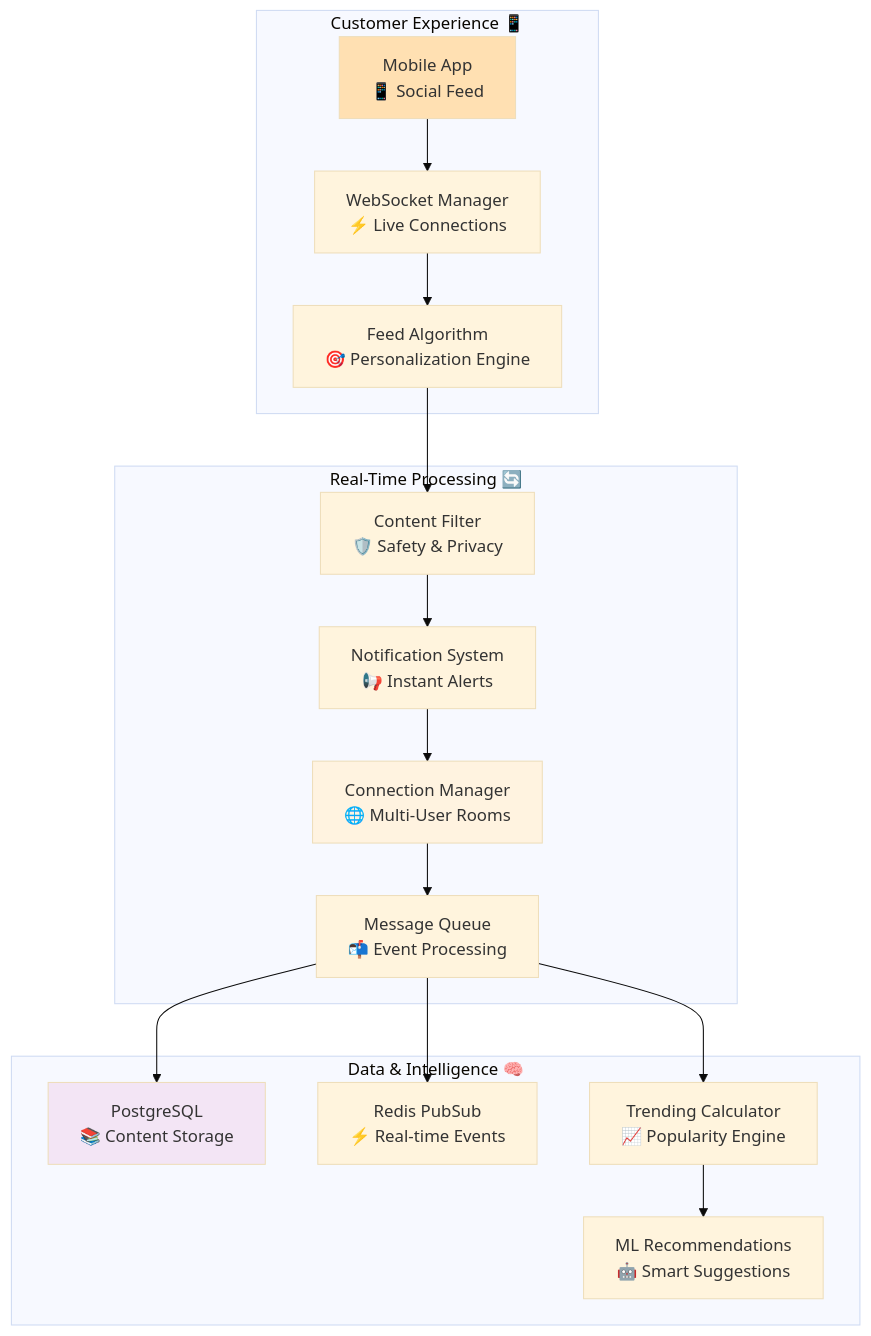
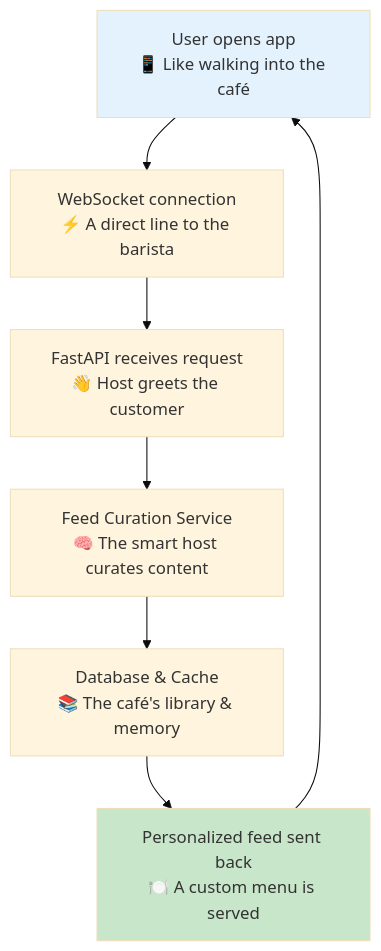
One commit to ridwanspace/restful-fastapi-guideline changed the first of 2 diagrams in app/docs/03_intermediate/09-examples/social-media-api/page.mdx. Above: the diagram before and after it, drawn with Mermaid (base theme). The commit also changed other lines of this file and 1 other file, not shown here.

First line of the commit message:
📝 docs(social-media-api): create social media feed API documentation

````diff
--- a/app/docs/03_intermediate/09-examples/social-media-api/page.mdx
+++ b/app/docs/03_intermediate/09-examples/social-media-api/page.mdx
@@ -17,25 +21,12 @@
 ```mermaid
-graph TB
-    subgraph "Customer Experience 📱"
-        A[Mobile App<br/>📱 Social Feed] --> B[WebSocket Manager<br/>⚡ Live Connections]
-        B --> C[Feed Algorithm<br/>🎯 Personalization Engine]
-    end
-    
-    subgraph "Real-Time Processing 🔄"
-        C --> D[Content Filter<br/>🛡️ Safety & Privacy]
-        D --> E[Notification System<br/>📢 Instant Alerts]
-        E --> F[Connection Manager<br/>🌐 Multi-User Rooms]
-        F --> G[Message Queue<br/>📬 Event Processing]
-    end
-    
-    subgraph "Data & Intelligence 🧠"
-        G --> H[PostgreSQL<br/>📚 Content Storage]
-        G --> I[Redis PubSub<br/>⚡ Real-time Events]
-        G --> J[Trending Calculator<br/>📈 Popularity Engine]
-        J --> K[ML Recommendations<br/>🤖 Smart Suggestions]
-    end
-    
-    style A fill:#ffe0b2
-    style F fill:#fff3e0
-    style H fill:#f3e5f5
+graph TD
+    A[User opens app<br/>📱 Like walking into the café] --> B[WebSocket connection<br/>⚡ A direct line to the barista]
+    B --> C[FastAPI receives request<br/>👋 Host greets the customer]
+    C --> D[Feed Curation Service<br/>🧠 The smart host curates content]
+    D --> E[Database & Cache<br/>📚 The café's library & memory]
+    E --> F[Personalized feed sent back<br/>🍽️ A custom menu is served]
+    F --> A
+
+    style A fill:#e3f2fd
+    style F fill:#c8e6c9
 ```
````
